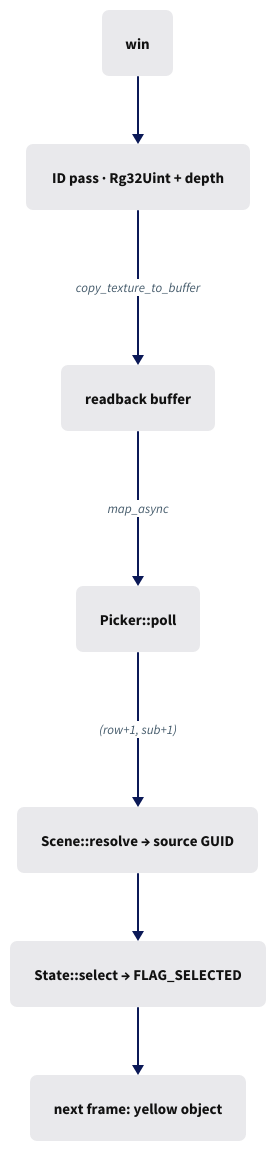
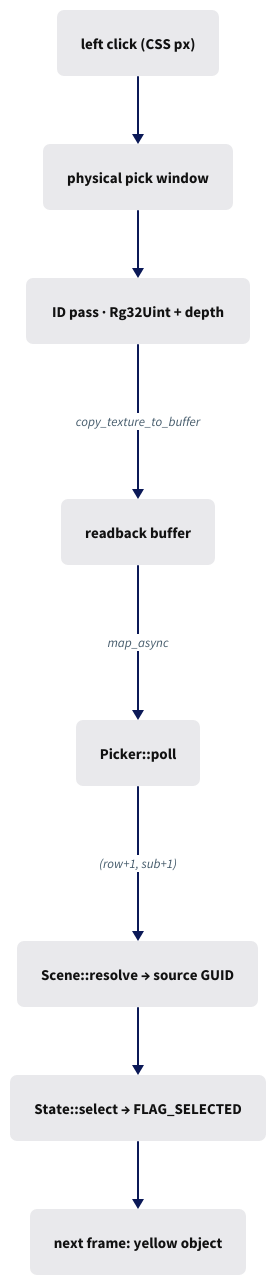
The diagram in session_viewer/docs/diagrams/12-02.d2 (petrasvestartas/session), drawn with D2 before and after one commit. The commit also changed 2 other files, not shown here.

```diff
--- a/session_viewer/docs/diagrams/12-02.d2
+++ b/session_viewer/docs/diagrams/12-02.d2
@@ -1,22 +1,24 @@
 vars: { d2-config: { layout-engine: elk; pad: 20; theme-id: 0 } }
 style: { fill: "#ffffff" }
 classes: {
   box:   { style: { fill: "#e9e9ec"; stroke: "#e9e9ec"; border-radius: 6; font-size: 15; font-color: "#111111" } }
   focus: { style: { fill: "#fa9ebc"; stroke: "#fa9ebc"; border-radius: 6; font-size: 15; font-color: "#111111" } }
 }
 direction: down
 
-win: "win" { class: box }
+n_click: "left click (CSS px)" { class: box }
+win: "physical pick window" { class: box }
 id: "ID pass · Rg32Uint + depth" { class: box }
 buf: "readback buffer" { class: box }
 poll: "Picker::poll" { class: box }
 scene: "Scene::resolve → source GUID" { class: box }
 sel: "State::select → FLAG_SELECTED" { class: box }
 frame: "next frame: yellow object" { class: box }
 
+n_click -> win { style: { stroke: "#0b1957"; stroke-width: 2; font-size: 13; font-color: "#455b6b" } }
 win -> id { style: { stroke: "#0b1957"; stroke-width: 2; font-size: 13; font-color: "#455b6b" } }
 id -> buf: "copy_texture_to_buffer" { style: { stroke: "#0b1957"; stroke-width: 2; font-size: 13; font-color: "#455b6b" } }
 buf -> poll: "map_async" { style: { stroke: "#0b1957"; stroke-width: 2; font-size: 13; font-color: "#455b6b" } }
 poll -> scene: "(row+1, sub+1)" { style: { stroke: "#0b1957"; stroke-width: 2; font-size: 13; font-color: "#455b6b" } }
 scene -> sel { style: { stroke: "#0b1957"; stroke-width: 2; font-size: 13; font-color: "#455b6b" } }
 sel -> frame { style: { stroke: "#0b1957"; stroke-width: 2; font-size: 13; font-color: "#455b6b" } }
```
